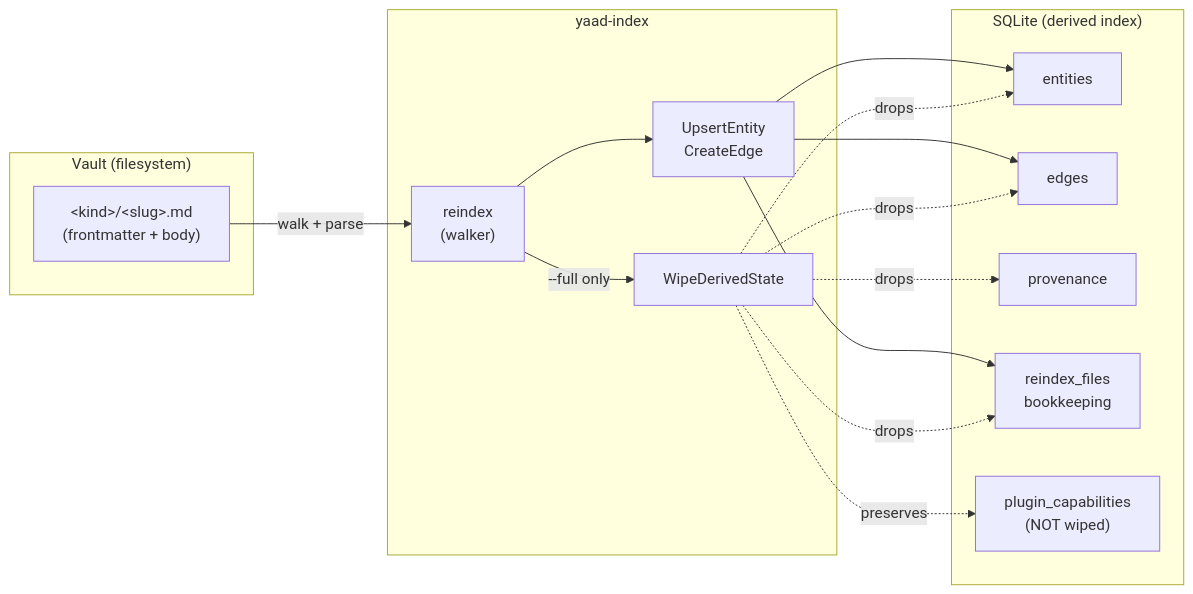
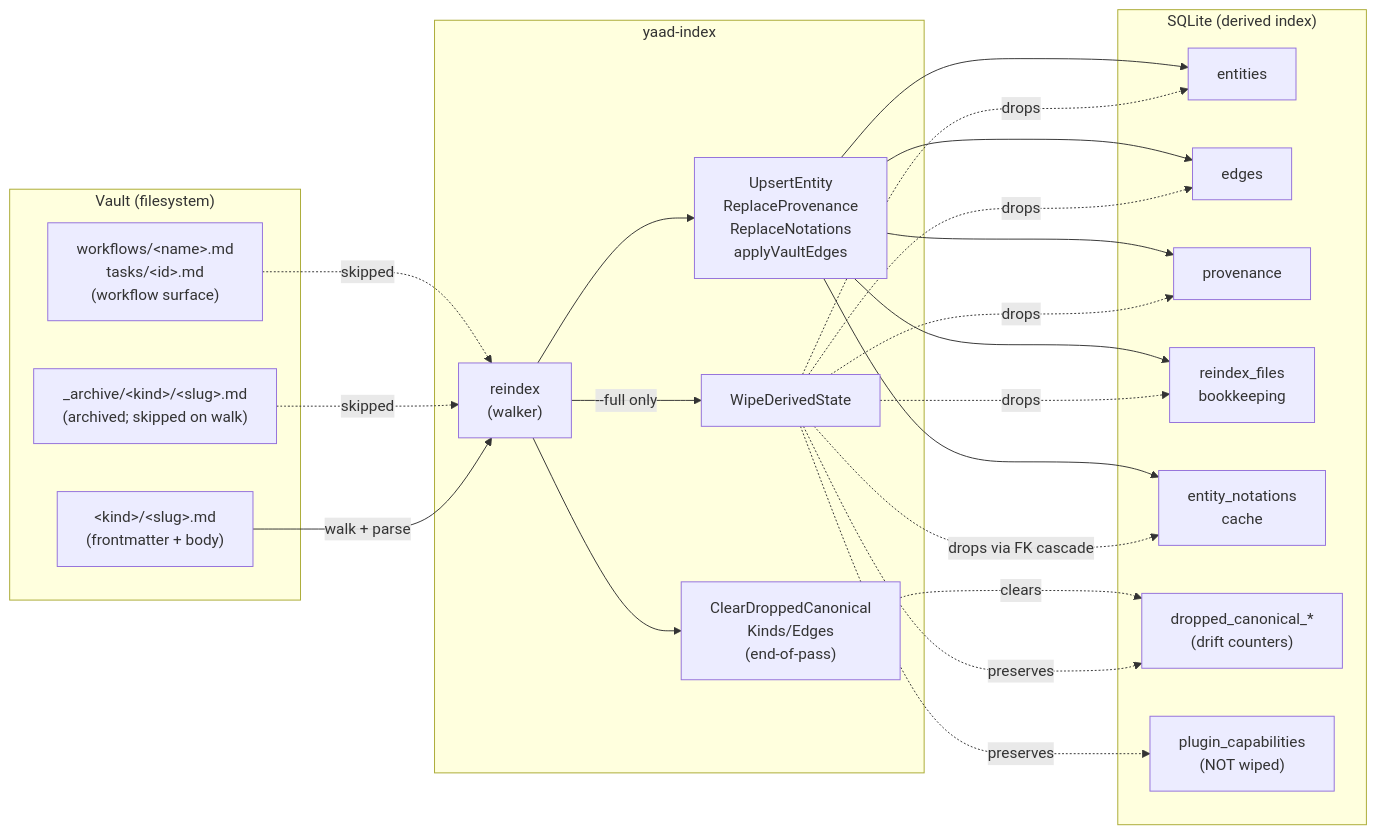
The first of 2 diagrams in docs/index-flow.md (yaad-index/yaad-index), drawn with Mermaid before and after one commit. The commit also changed other lines of this file, not shown here.

First line of the commit message:
docs(index-flow): refresh for current canonical-materialize, archive, workflow + body-marker behavior (#135 part 1) (#178)

````diff
--- a/docs/index-flow.md
+++ b/docs/index-flow.md
@@ -9,32 +9,45 @@
 ```mermaid
 flowchart LR
  subgraph Vault["Vault (filesystem)"]
  F1["&lt;kind&gt;/&lt;slug&gt;.md<br/>(frontmatter + body)"]
+ F2["_archive/&lt;kind&gt;/&lt;slug&gt;.md<br/>(archived; skipped on walk)"]
+ F3["workflows/&lt;name&gt;.md<br/>tasks/&lt;id&gt;.md<br/>(workflow surface)"]
  end
 
  subgraph Index["yaad-index"]
  Reindex["reindex<br/>(walker)"]
  WipeFn["WipeDerivedState"]
- Upsert["UpsertEntity<br/>CreateEdge"]
+ Upsert["UpsertEntity<br/>ReplaceProvenance<br/>ReplaceNotations<br/>applyVaultEdges"]
+ ClearCounters["ClearDroppedCanonical<br/>Kinds/Edges<br/>(end-of-pass)"]
  end
 
  subgraph DB["SQLite (derived index)"]
  T1[entities]
  T2[edges]
  T3[provenance]
  T4[reindex_files<br/>bookkeeping]
- T5["plugin_capabilities<br/>(NOT wiped)"]
+ T5[entity_notations<br/>cache]
+ T6["dropped_canonical_*<br/>(drift counters)"]
+ T7["plugin_capabilities<br/>(NOT wiped)"]
  end
 
  F1 -->|walk + parse| Reindex
+ F2 -.skipped.-> Reindex
+ F3 -.skipped.-> Reindex
  Reindex -->|"--full only"| WipeFn
  WipeFn -.drops.-> T1
  WipeFn -.drops.-> T2
  WipeFn -.drops.-> T3
  WipeFn -.drops.-> T4
- WipeFn -.preserves.-> T5
+ WipeFn -.drops via FK cascade.-> T5
+ WipeFn -.preserves.-> T6
+ WipeFn -.preserves.-> T7
  Reindex --> Upsert
  Upsert --> T1
  Upsert --> T2
+ Upsert --> T3
  Upsert --> T4
+ Upsert --> T5
+ Reindex --> ClearCounters
+ ClearCounters -.clears.-> T6
 ```
````
